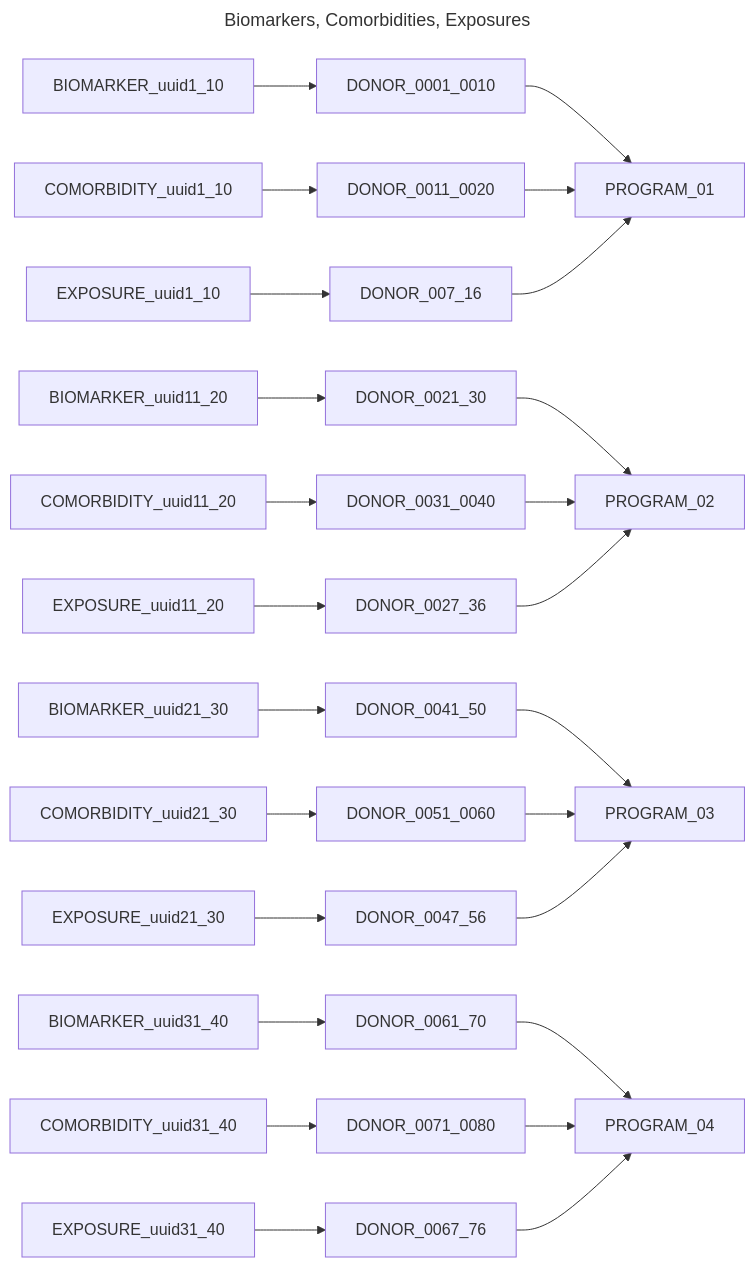
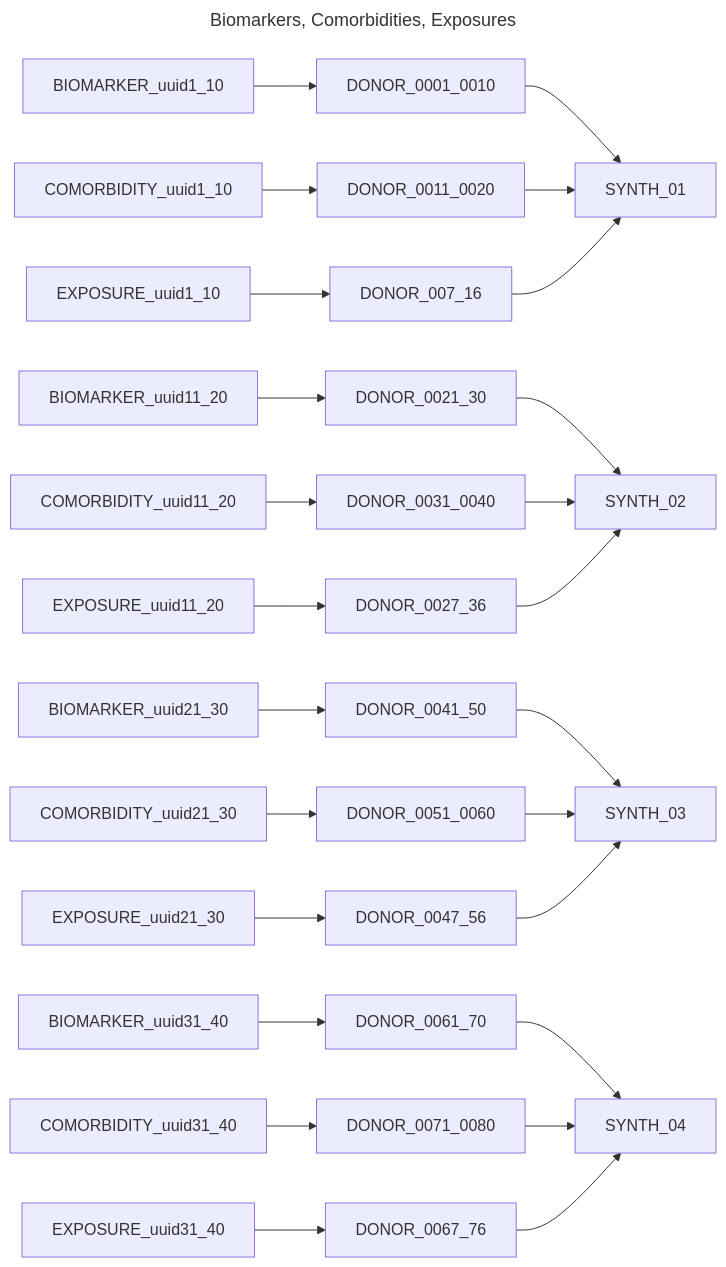
The eighth of 9 diagrams in chord_metadata_service/mohpackets/data/small_dataset/README.md (CanDIG/katsu), drawn with Mermaid before and after one commit. The commit also changed other lines of this file and 14 other files, not shown here.

````diff
--- a/chord_metadata_service/mohpackets/data/small_dataset/README.md
+++ b/chord_metadata_service/mohpackets/data/small_dataset/README.md
@@ -173,22 +173,22 @@
 ```mermaid
 ---
 title: Biomarkers, Comorbidities, Exposures
 ---
 graph LR;  
-  BIOMARKER_uuid1_10 --> DONOR_0001_0010 --> PROGRAM_01; 
-  COMORBIDITY_uuid1_10 --> DONOR_0011_0020 --> PROGRAM_01;
-  EXPOSURE_uuid1_10 --> DONOR_007_16 --> PROGRAM_01;
+  BIOMARKER_uuid1_10 --> DONOR_0001_0010 --> SYNTH_01; 
+  COMORBIDITY_uuid1_10 --> DONOR_0011_0020 --> SYNTH_01;
+  EXPOSURE_uuid1_10 --> DONOR_007_16 --> SYNTH_01;
   
-  BIOMARKER_uuid11_20 --> DONOR_0021_30 --> PROGRAM_02;
-  COMORBIDITY_uuid11_20 --> DONOR_0031_0040 --> PROGRAM_02;
-  EXPOSURE_uuid11_20 --> DONOR_0027_36 --> PROGRAM_02;
+  BIOMARKER_uuid11_20 --> DONOR_0021_30 --> SYNTH_02;
+  COMORBIDITY_uuid11_20 --> DONOR_0031_0040 --> SYNTH_02;
+  EXPOSURE_uuid11_20 --> DONOR_0027_36 --> SYNTH_02;
 
-  BIOMARKER_uuid21_30 --> DONOR_0041_50 --> PROGRAM_03;
-  COMORBIDITY_uuid21_30 --> DONOR_0051_0060 --> PROGRAM_03;
-  EXPOSURE_uuid21_30 --> DONOR_0047_56 --> PROGRAM_03;
+  BIOMARKER_uuid21_30 --> DONOR_0041_50 --> SYNTH_03;
+  COMORBIDITY_uuid21_30 --> DONOR_0051_0060 --> SYNTH_03;
+  EXPOSURE_uuid21_30 --> DONOR_0047_56 --> SYNTH_03;
 
-  BIOMARKER_uuid31_40 --> DONOR_0061_70 --> PROGRAM_04;
-  COMORBIDITY_uuid31_40 --> DONOR_0071_0080 --> PROGRAM_04;
-  EXPOSURE_uuid31_40 --> DONOR_0067_76 --> PROGRAM_04;  
+  BIOMARKER_uuid31_40 --> DONOR_0061_70 --> SYNTH_04;
+  COMORBIDITY_uuid31_40 --> DONOR_0071_0080 --> SYNTH_04;
+  EXPOSURE_uuid31_40 --> DONOR_0067_76 --> SYNTH_04;  
   
 ```
````
